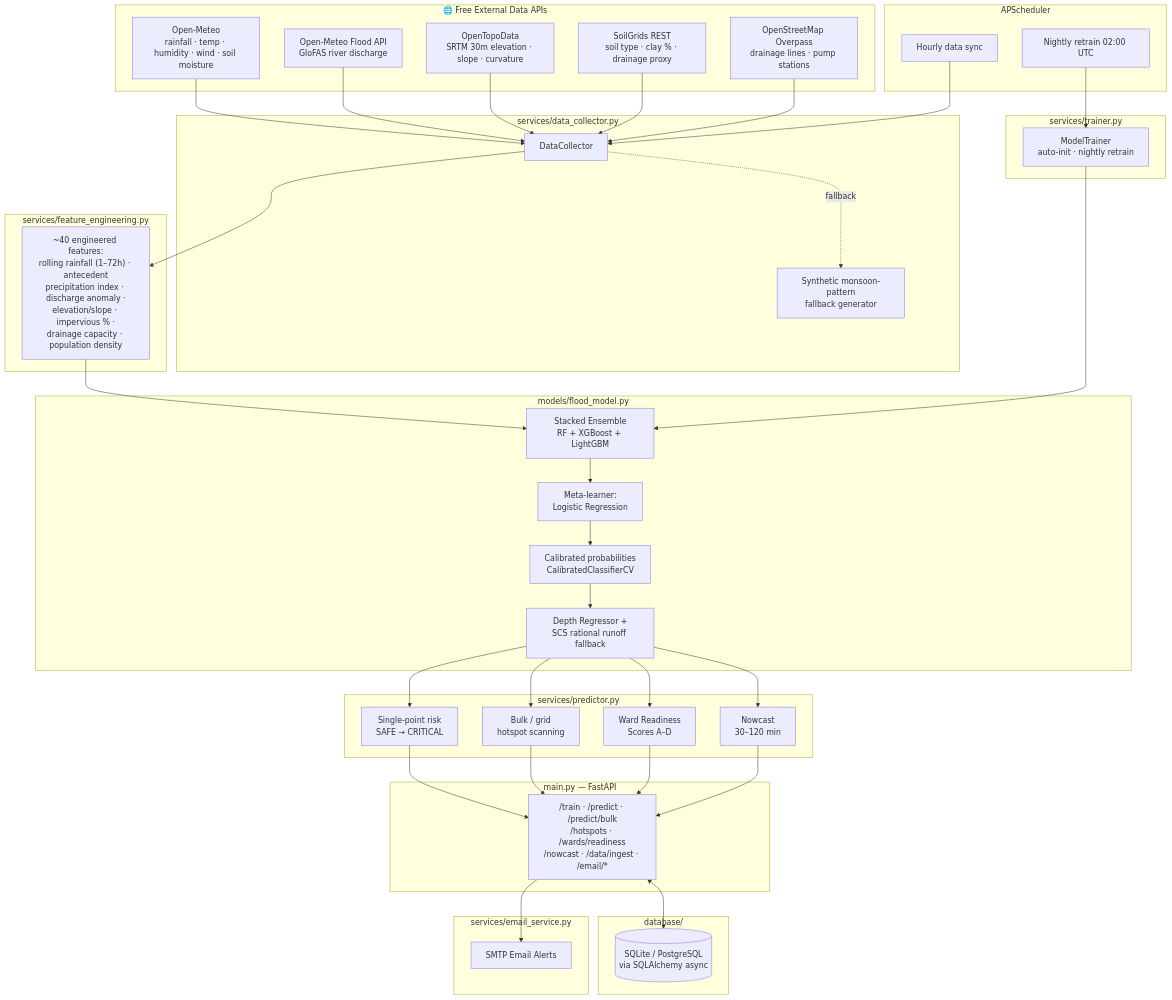
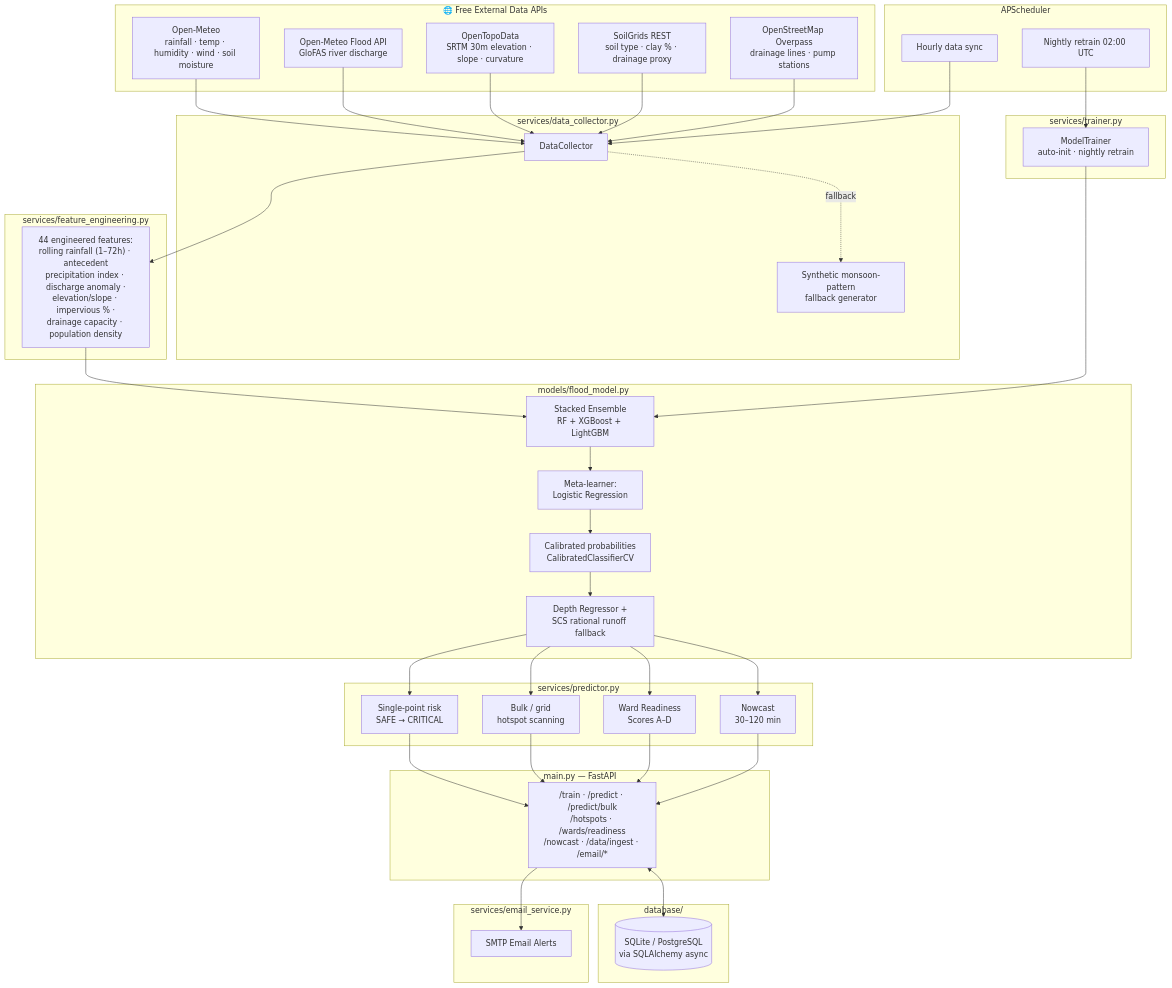
Before and after one commit to gaur-avvv/Flood-Prediction-Early-Warning: the diagram in README.md, drawn with Mermaid. The commit also changed other lines of this file and 1 other file, not shown here.

````diff
--- a/README.md
+++ b/README.md
@@ -35,79 +36,79 @@
 ```mermaid
 flowchart TD
     subgraph EXT["🌐 Free External Data APIs"]
         A1[Open-Meteo<br/>rainfall · temp · humidity · wind · soil moisture]
         A2[Open-Meteo Flood API<br/>GloFAS river discharge]
         A3[OpenTopoData<br/>SRTM 30m elevation · slope · curvature]
         A4[SoilGrids REST<br/>soil type · clay % · drainage proxy]
         A5[OpenStreetMap Overpass<br/>drainage lines · pump stations]
     end
 
     subgraph COLLECT["services/data_collector.py"]
         B1[DataCollector]
         B2[Synthetic monsoon-pattern<br/>fallback generator]
     end
 
     subgraph FEATURES["services/feature_engineering.py"]
-        C1["~40 engineered features:<br/>rolling rainfall (1–72h) · antecedent<br/>precipitation index · discharge anomaly ·<br/>elevation/slope · impervious % ·<br/>drainage capacity · population density"]
+        C1["44 engineered features:<br/>rolling rainfall (1–72h) · antecedent<br/>precipitation index · discharge anomaly ·<br/>elevation/slope · impervious % ·<br/>drainage capacity · population density"]
     end
 
     subgraph MODEL["models/flood_model.py"]
         D1[Stacked Ensemble<br/>RF + XGBoost + LightGBM]
         D2[Meta-learner:<br/>Logistic Regression]
         D3[Calibrated probabilities<br/>CalibratedClassifierCV]
         D4[Depth Regressor +<br/>SCS rational runoff fallback]
     end
 
     subgraph TRAIN["services/trainer.py"]
         E1[ModelTrainer<br/>auto-init · nightly retrain]
     end
 
     subgraph PREDICT["services/predictor.py"]
         F1[Single-point risk<br/>SAFE → CRITICAL]
         F2[Bulk / grid<br/>hotspot scanning]
         F3[Ward Readiness<br/>Scores A–D]
         F4[Nowcast<br/>30–120 min]
     end
 
     subgraph API["main.py — FastAPI"]
         G1["/train · /predict · /predict/bulk<br/>/hotspots · /wards/readiness<br/>/nowcast · /data/ingest · /email/*"]
     end
 
     subgraph STORE["database/"]
         H1[(SQLite / PostgreSQL<br/>via SQLAlchemy async)]
     end
 
     subgraph ALERTS["services/email_service.py"]
         I1[SMTP Email Alerts]
     end
 
     subgraph SCHED["APScheduler"]
         J1[Nightly retrain 02:00 UTC]
         J2[Hourly data sync]
     end
 
     A1 --> B1
     A2 --> B1
     A3 --> B1
     A4 --> B1
     A5 --> B1
     B1 -.fallback.-> B2
     B1 --> C1
     C1 --> D1
     D1 --> D2
     D2 --> D3
     D3 --> D4
     E1 --> D1
     D4 --> F1
     D4 --> F2
     D4 --> F3
     D4 --> F4
     F1 --> G1
     F2 --> G1
     F3 --> G1
     F4 --> G1
     G1 <--> H1
     G1 --> I1
     J1 --> E1
     J2 --> B1
 ```
````
